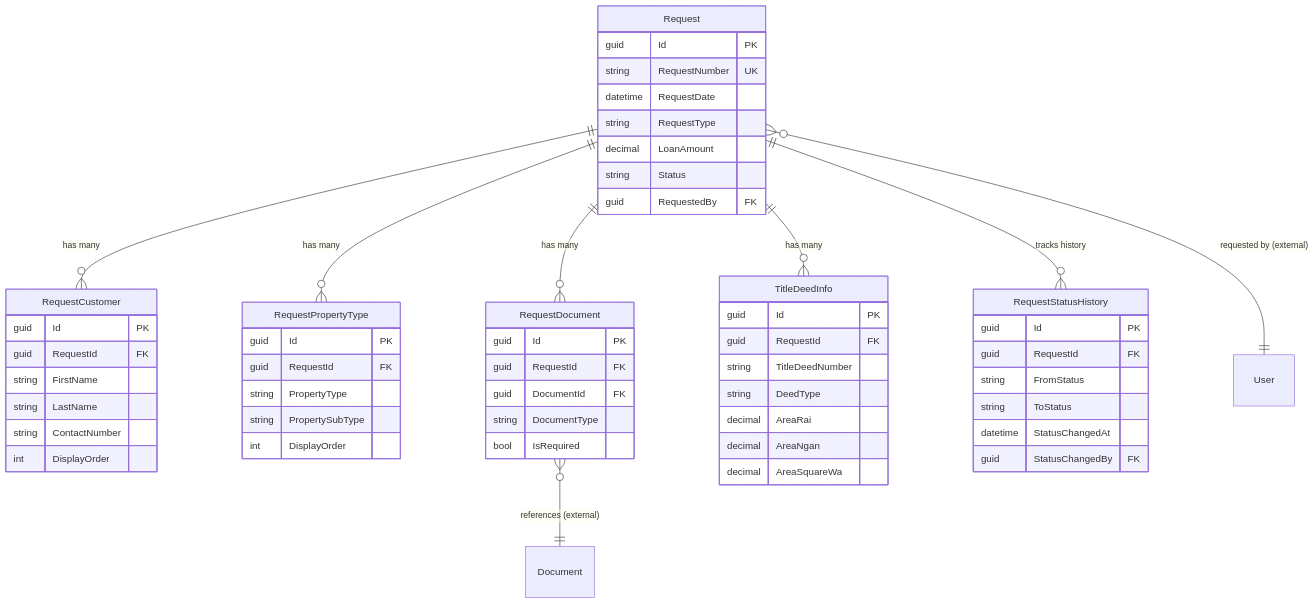
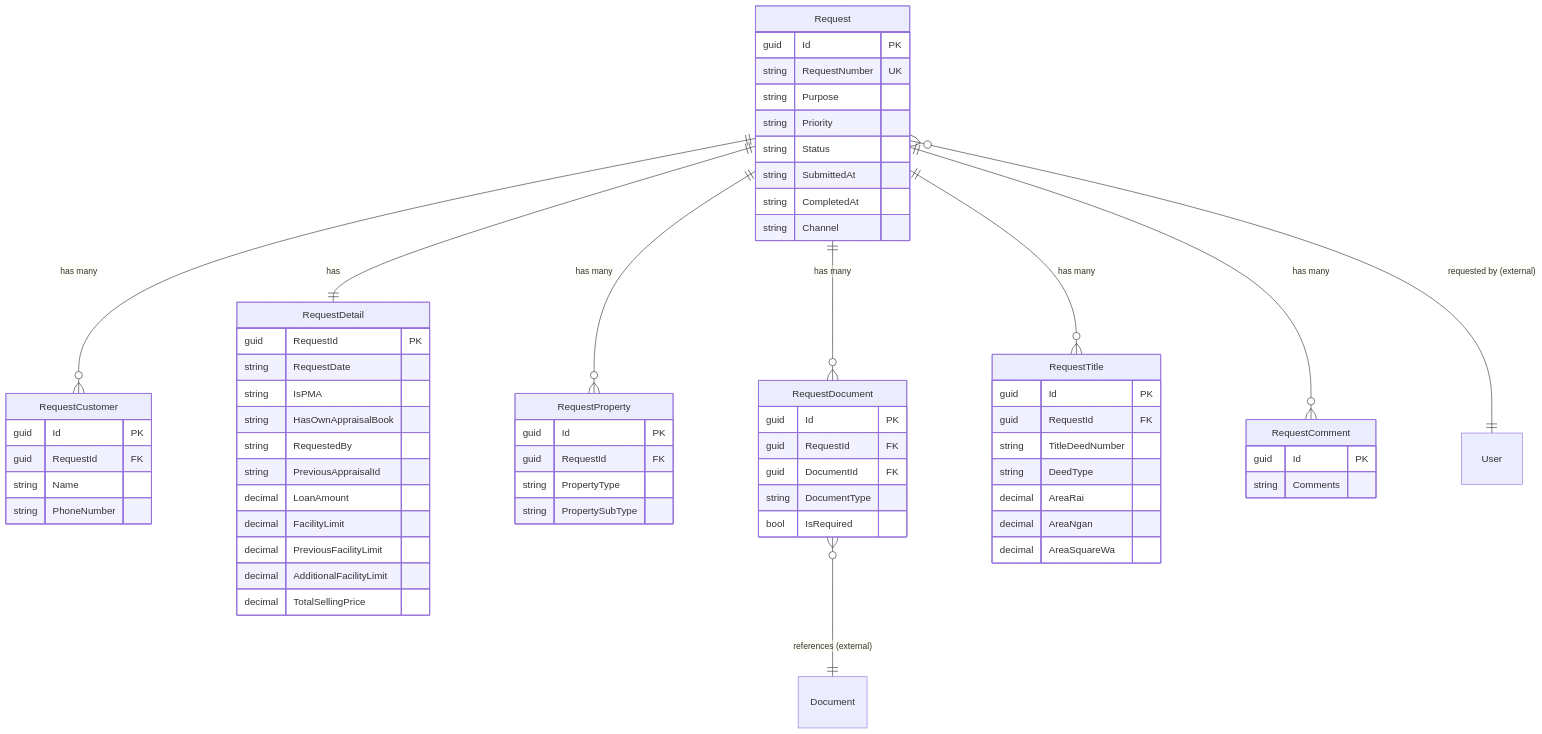
One commit to immortalgky/collateral-appraisal-system-api changed the diagram in docs/data-model/02-request-module.md. Above: the diagram before and after it, drawn with Mermaid. The commit also changed other lines of this file, not shown here.

Commit message:
Refactor Request module data model: enhance relationships and add RequestDetail, RequestTitle, and RequestComment entities

````diff
--- a/docs/data-model/02-request-module.md
+++ b/docs/data-model/02-request-module.md
@@ -29,65 +30,74 @@
 ```mermaid
 erDiagram
     Request ||--o{ RequestCustomer : "has many"
-    Request ||--o{ RequestPropertyType : "has many"
+    Request ||--|| RequestDetail : "has"
+    Request ||--o{ RequestProperty : "has many"
     Request ||--o{ RequestDocument : "has many"
-    Request ||--o{ TitleDeedInfo : "has many"
-    Request ||--o{ RequestStatusHistory : "tracks history"
+    Request ||--o{ RequestTitle : "has many"
+    Request ||--o{ RequestComment : "has many"
 
     RequestDocument }o--|| Document : "references (external)"
     Request }o--|| User : "requested by (external)"
 
     Request {
         guid Id PK
         string RequestNumber UK
-        datetime RequestDate
-        string RequestType
+        string Purpose
+        string Priority
+        string Status
+        string SubmittedAt
+        string CompletedAt
+        string Channel
+    }
+    
+    RequestDetail {
+        guid RequestId PK
+        string RequestDate
+        string IsPMA
+        string HasOwnAppraisalBook
+        string RequestedBy
+        string PreviousAppraisalId
         decimal LoanAmount
-        string Status
-        guid RequestedBy FK
+        decimal FacilityLimit
+        decimal PreviousFacilityLimit
+        decimal AdditionalFacilityLimit
+        decimal TotalSellingPrice
     }
 
     RequestCustomer {
         guid Id PK
         guid RequestId FK
-        string FirstName
-        string LastName
-        string ContactNumber
-        int DisplayOrder
+        string Name
+        string PhoneNumber
     }
 
-    RequestPropertyType {
+    RequestProperty {
         guid Id PK
         guid RequestId FK
         string PropertyType
         string PropertySubType
-        int DisplayOrder
     }
 
     RequestDocument {
         guid Id PK
         guid RequestId FK
         guid DocumentId FK
         string DocumentType
         bool IsRequired
     }
 
-    TitleDeedInfo {
+    RequestTitle {
         guid Id PK
         guid RequestId FK
         string TitleDeedNumber
         string DeedType
         decimal AreaRai
         decimal AreaNgan
         decimal AreaSquareWa
     }
 
-    RequestStatusHistory {
+    RequestComment {
         guid Id PK
-        guid RequestId FK
-        string FromStatus
-        string ToStatus
-        datetime StatusChangedAt
-        guid StatusChangedBy FK
+        string Comments
     }
 ```
````
